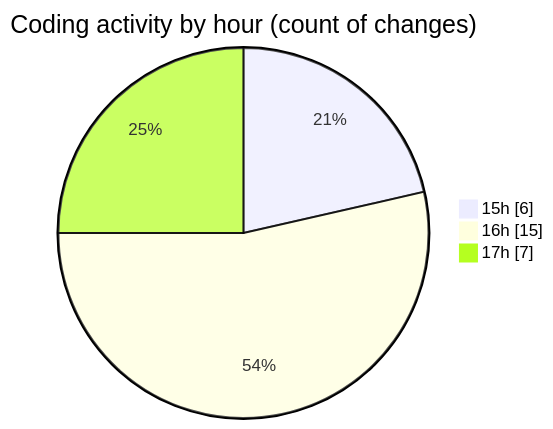
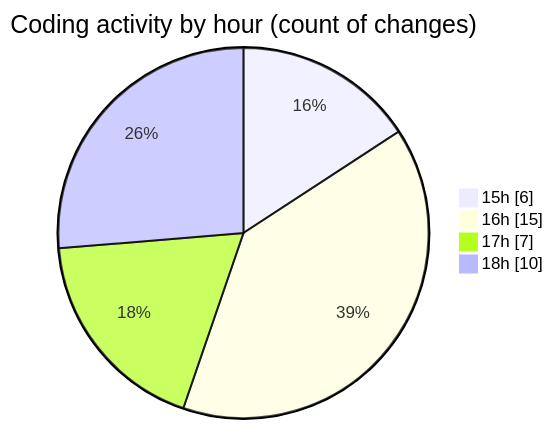
The second of 2 diagrams in 2025-09-10/cda/README.md (momahboobian/code-tracking), drawn with Mermaid before and after one commit. The commit also changed other lines of this file and 1 other file, not shown here.

````diff
--- a/2025-09-10/cda/README.md
+++ b/2025-09-10/cda/README.md
@@ -44,7 +45,8 @@
 ```mermaid
 pie showData
 title Coding activity by hour (count of changes)
 "15h" : 6
 "16h" : 15
 "17h" : 7
+"18h" : 10
 ```
````
